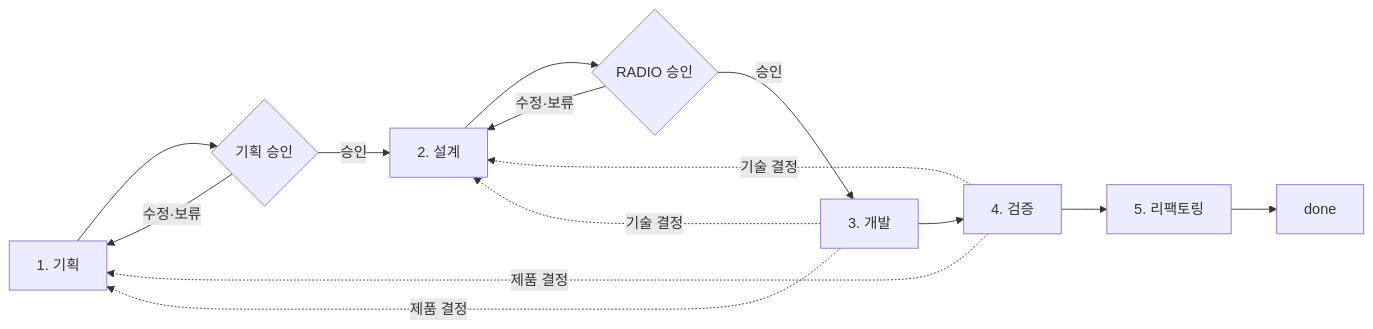
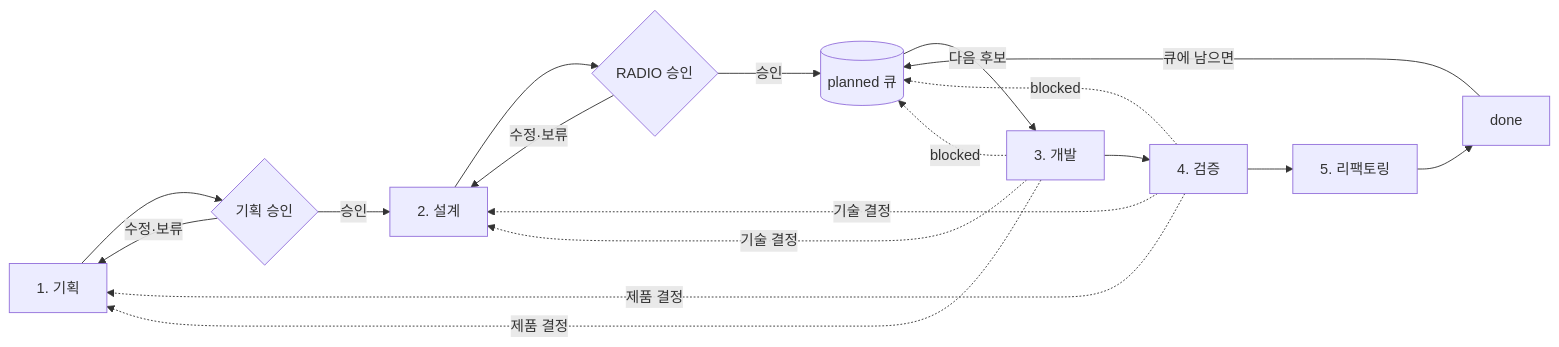
The diagram in docs/workflow/WORKFLOW.md (tkyoun0421/la-bie-belle), drawn with Mermaid before and after one commit. The commit also changed other lines of this file and 16 other files, not shown here.

````diff
--- a/docs/workflow/WORKFLOW.md
+++ b/docs/workflow/WORKFLOW.md
@@ -16,16 +18,20 @@
 ```mermaid
 flowchart LR
   P[1. 기획] --> PG{기획 승인}
   PG -->|수정·보류| P
   PG -->|승인| D[2. 설계]
   D --> DG{RADIO 승인}
   DG -->|수정·보류| D
-  DG -->|승인| I[3. 개발]
+  DG -->|승인| Q[(planned 큐)]
+  Q -->|다음 후보| I[3. 개발]
   I --> V[4. 검증]
   V --> R[5. 리팩토링]
   R --> Done[done]
+  Done -->|큐에 남으면| Q
   I -.제품 결정.-> P
   I -.기술 결정.-> D
   V -.제품 결정.-> P
   V -.기술 결정.-> D
+  I -.blocked.-> Q
+  V -.blocked.-> Q
 ```
````
